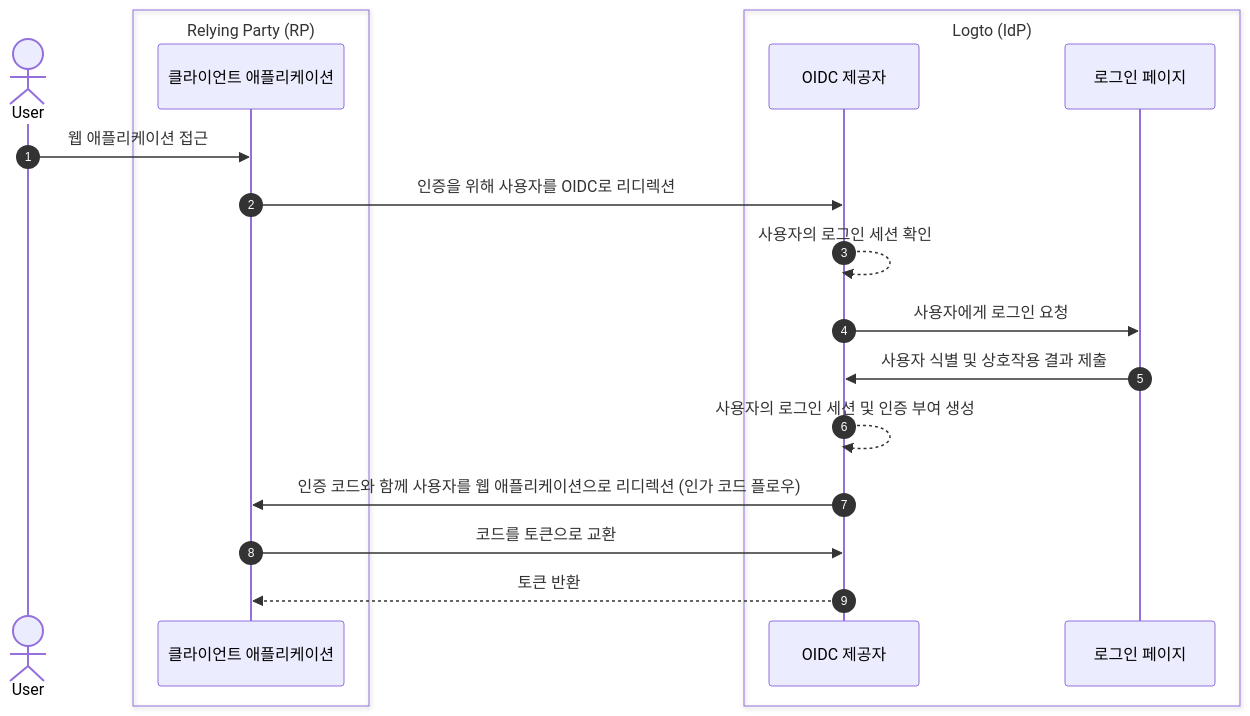
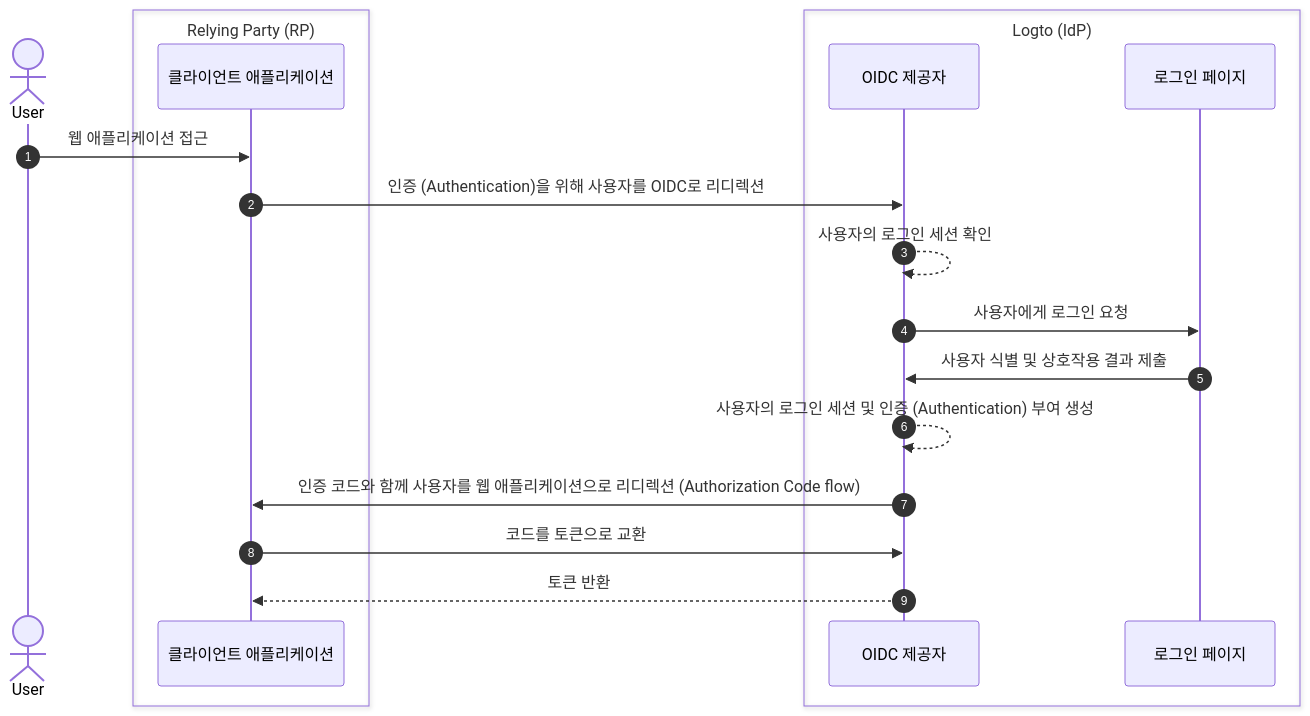
One commit to logto-io/docs changed the first of 3 diagrams in i18n/ko/docusaurus-plugin-content-docs/current/end-user-flows/sign-out.mdx. Above: the diagram before and after it, drawn with Mermaid. The commit also changed other lines of this file and 67 other files, not shown here.

````diff
--- a/i18n/ko/docusaurus-plugin-content-docs/current/end-user-flows/sign-out.mdx
+++ b/i18n/ko/docusaurus-plugin-content-docs/current/end-user-flows/sign-out.mdx
@@ -13,24 +13,24 @@
 ```mermaid
   sequenceDiagram
     autonumber
     actor User
 
     box Relying Party (RP)
       participant Client as 클라이언트 애플리케이션
     end
 
     box Logto (IdP)
       participant OIDC as OIDC 제공자
       participant SignIn as 로그인 페이지
     end
 
     User ->> Client: 웹 애플리케이션 접근
-    Client ->> OIDC: 인증을 위해 사용자를 OIDC로 리디렉션
+    Client ->> OIDC: 인증 (Authentication)을 위해 사용자를 OIDC로 리디렉션
     OIDC -->> OIDC: 사용자의 로그인 세션 확인
     OIDC ->> SignIn: 사용자에게 로그인 요청
     SignIn ->> OIDC: 사용자 식별 및 상호작용 결과 제출
-    OIDC -->> OIDC: 사용자의 로그인 세션 및 인증 부여 생성
-    OIDC ->> Client: 인증 코드와 함께 사용자를 웹 애플리케이션으로 리디렉션 (인가 코드 플로우)
+    OIDC -->> OIDC: 사용자의 로그인 세션 및 인증 (Authentication) 부여 생성
+    OIDC ->> Client: 인증 코드와 함께 사용자를 웹 애플리케이션으로 리디렉션 (Authorization Code flow)
     Client ->> OIDC: 코드를 토큰으로 교환
     OIDC -->> Client: 토큰 반환
 ```
````
